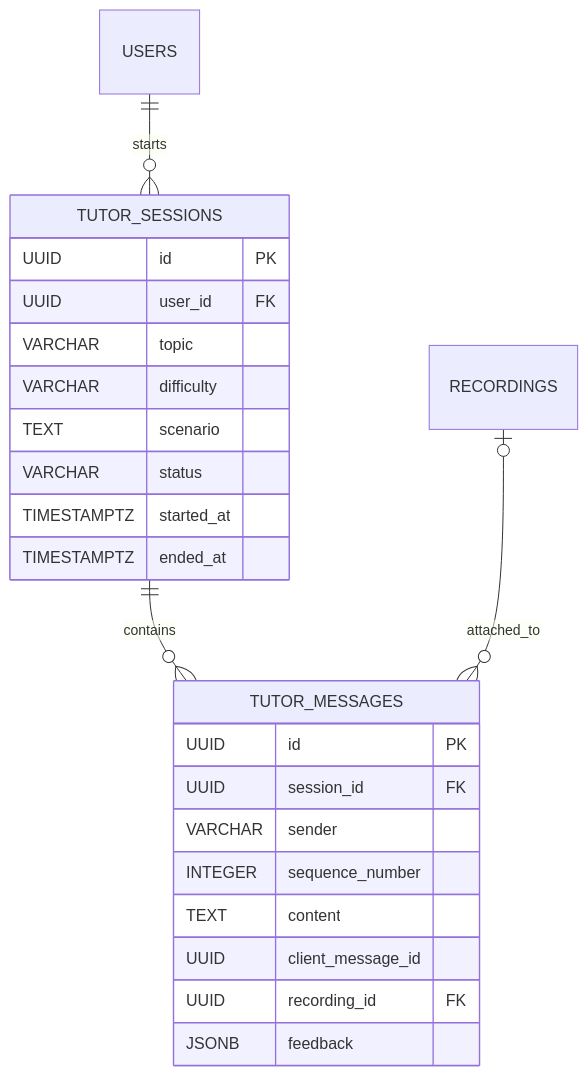
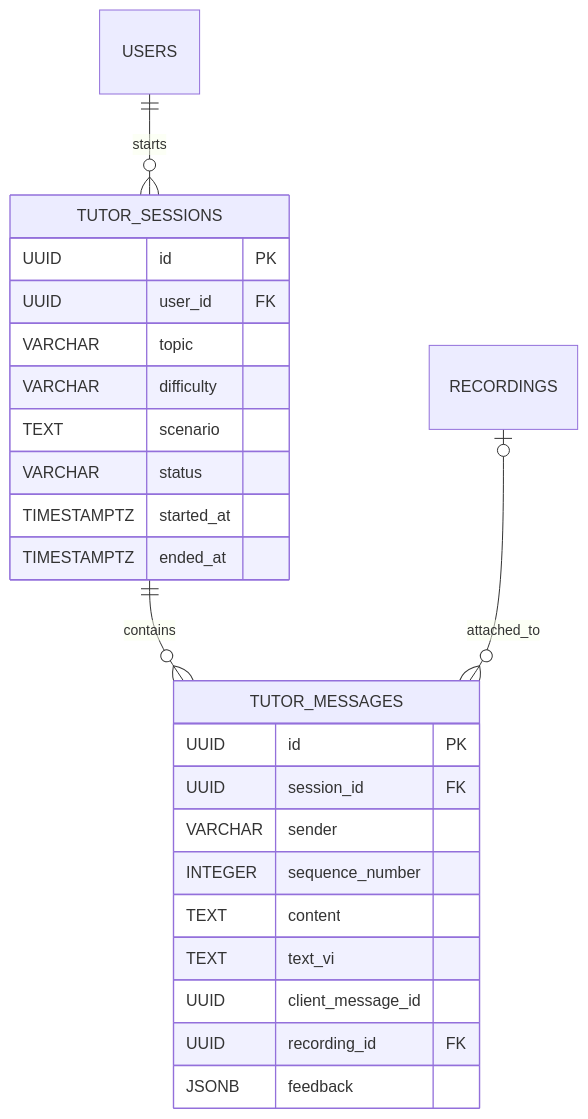
Before and after one commit to mrthinh307/kaiwa-up: the fifth of 6 diagrams in docs/05-database.md, drawn with Mermaid. The commit also changed other lines of this file and 4 other files, not shown here.

````diff
--- a/docs/05-database.md
+++ b/docs/05-database.md
@@ -183,26 +183,27 @@
 ```mermaid
 erDiagram
     USERS ||--o{ TUTOR_SESSIONS : starts
     TUTOR_SESSIONS ||--o{ TUTOR_MESSAGES : contains
     RECORDINGS o|--o{ TUTOR_MESSAGES : attached_to
     TUTOR_SESSIONS {
         UUID id PK
         UUID user_id FK
         VARCHAR topic
         VARCHAR difficulty
         TEXT scenario
         VARCHAR status
         TIMESTAMPTZ started_at
         TIMESTAMPTZ ended_at
     }
     TUTOR_MESSAGES {
         UUID id PK
         UUID session_id FK
         VARCHAR sender
         INTEGER sequence_number
         TEXT content
+        TEXT text_vi
         UUID client_message_id
         UUID recording_id FK
         JSONB feedback
     }
 ```
````
